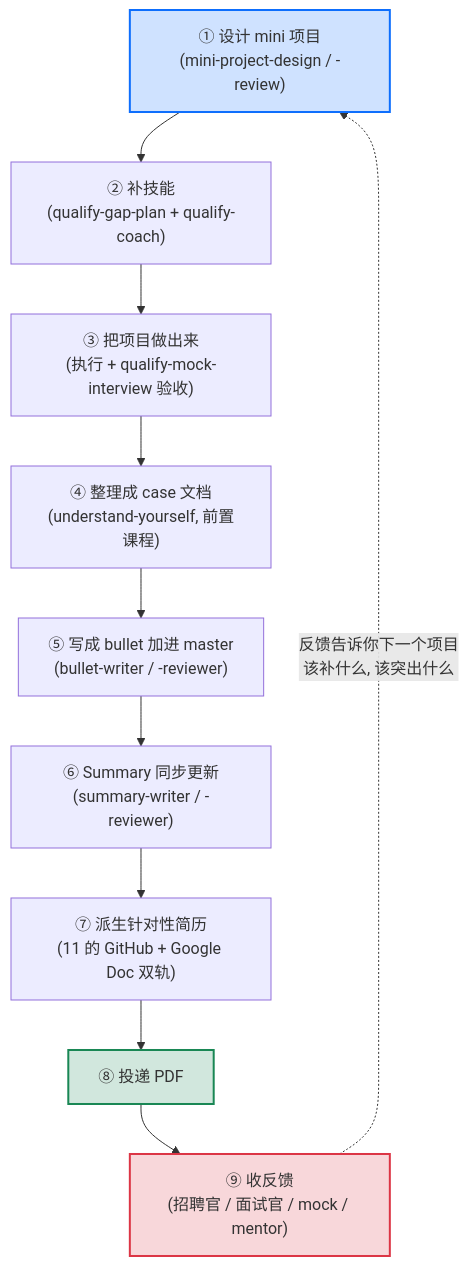
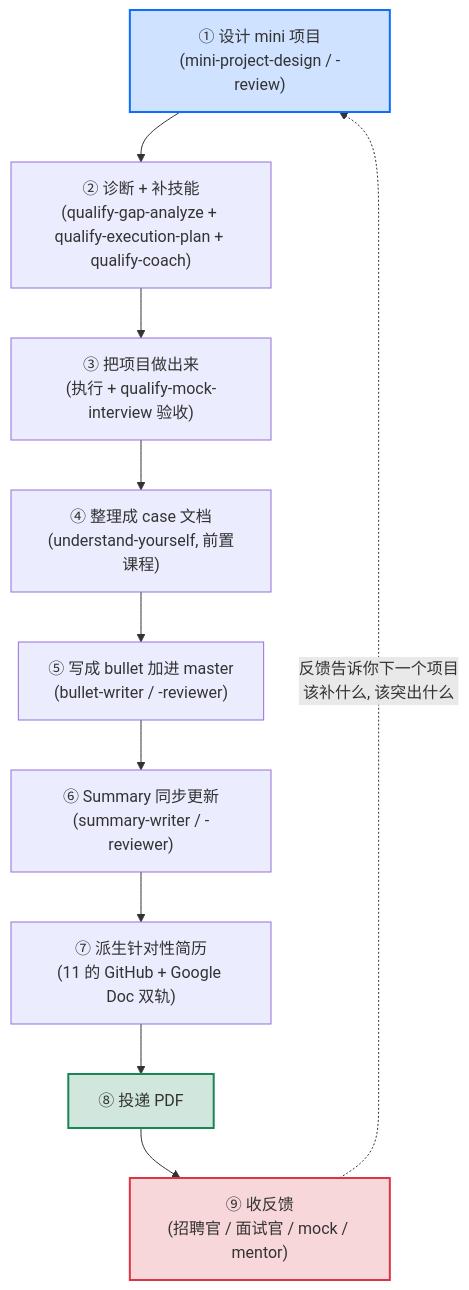
The first of 2 diagrams in examples/13-final-synthesis/README-cn.md (YingqiangYuan/Resume_Matrix), drawn with Mermaid before and after one commit. The commit also changed other lines of this file and 16 other files, not shown here.

````diff
--- a/examples/13-final-synthesis/README-cn.md
+++ b/examples/13-final-synthesis/README-cn.md
@@ -62,26 +62,26 @@
 ```mermaid
 flowchart TD
     DESIGN["① 设计 mini 项目<br/>(mini-project-design / -review)"]
-    SKILL["② 补技能<br/>(qualify-gap-plan + qualify-coach)"]
+    SKILL["② 诊断 + 补技能<br/>(qualify-gap-analyze + qualify-execution-plan + qualify-coach)"]
     DO["③ 把项目做出来<br/>(执行 + qualify-mock-interview 验收)"]
     CASE["④ 整理成 case 文档<br/>(understand-yourself, 前置课程)"]
     BULLET["⑤ 写成 bullet 加进 master<br/>(bullet-writer / -reviewer)"]
     SUMMARY["⑥ Summary 同步更新<br/>(summary-writer / -reviewer)"]
     DERIVE["⑦ 派生针对性简历<br/>(11 的 GitHub + Google Doc 双轨)"]
     SUBMIT["⑧ 投递 PDF"]
     FEEDBACK["⑨ 收反馈<br/>(招聘官 / 面试官 / mock / mentor)"]
 
     DESIGN --> SKILL
     SKILL --> DO
     DO --> CASE
     CASE --> BULLET
     BULLET --> SUMMARY
     SUMMARY --> DERIVE
     DERIVE --> SUBMIT
     SUBMIT --> FEEDBACK
     FEEDBACK -.->|"反馈告诉你下一个项目<br/>该补什么, 该突出什么"| DESIGN
 
     style DESIGN fill:#cfe2ff,stroke:#0d6efd,stroke-width:2px
     style FEEDBACK fill:#f8d7da,stroke:#dc3545,stroke-width:2px
     style SUBMIT fill:#d1e7dd,stroke:#198754,stroke-width:2px
 ```
````
